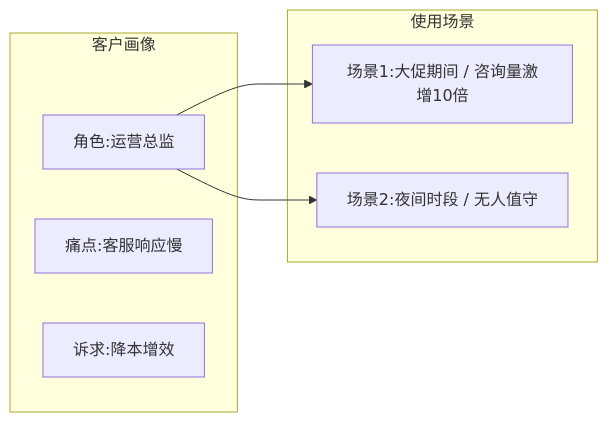
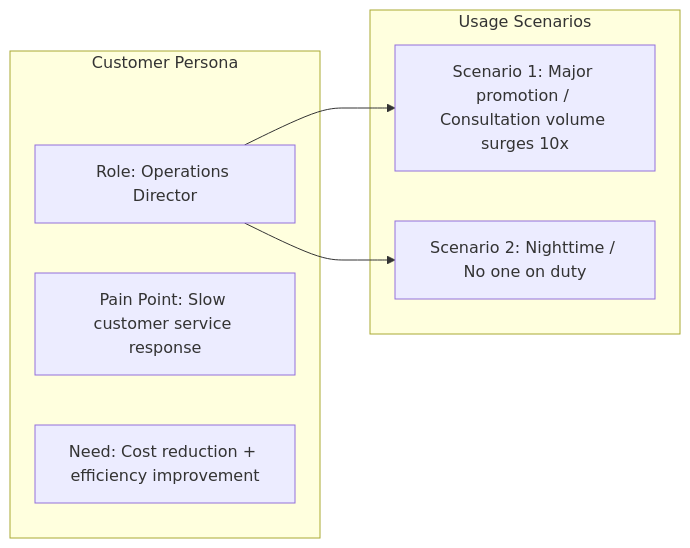
Before and after one commit to Kirky-X/cangjie: the fourth of 11 diagrams in templates/产品/战略层/【模板】项目任务书.md, drawn with Mermaid. The commit also changed other lines of this file and 12 other files, not shown here.

````diff
--- a/templates/产品/战略层/【模板】项目任务书.md
+++ b/templates/产品/战略层/【模板】项目任务书.md
@@ -214,14 +214,14 @@
 ```mermaid
 flowchart LR
-    subgraph 客户画像
-        C1[角色:运营总监]
-        C2[痛点:客服响应慢]
-        C3[诉求:降本增效]
+    subgraph Customer Persona
+        C1[Role: Operations Director]
+        C2[Pain Point: Slow customer service response]
+        C3[Need: Cost reduction + efficiency improvement]
     end
-    subgraph 使用场景
-        S1[场景1:大促期间 / 咨询量激增10倍]
-        S2[场景2:夜间时段 / 无人值守]
+    subgraph Usage Scenarios
+        S1[Scenario 1: Major promotion / Consultation volume surges 10x]
+        S2[Scenario 2: Nighttime / No one on duty]
     end
     C1 --> S1
     C1 --> S2
 ```
````
